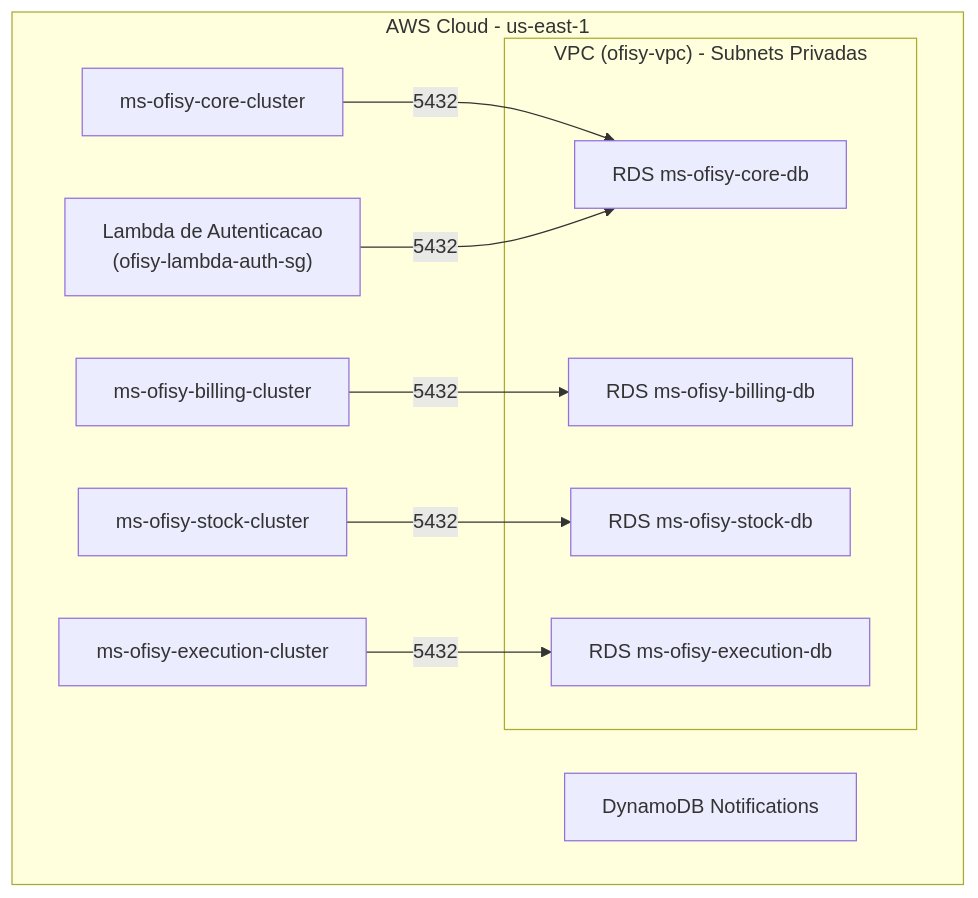
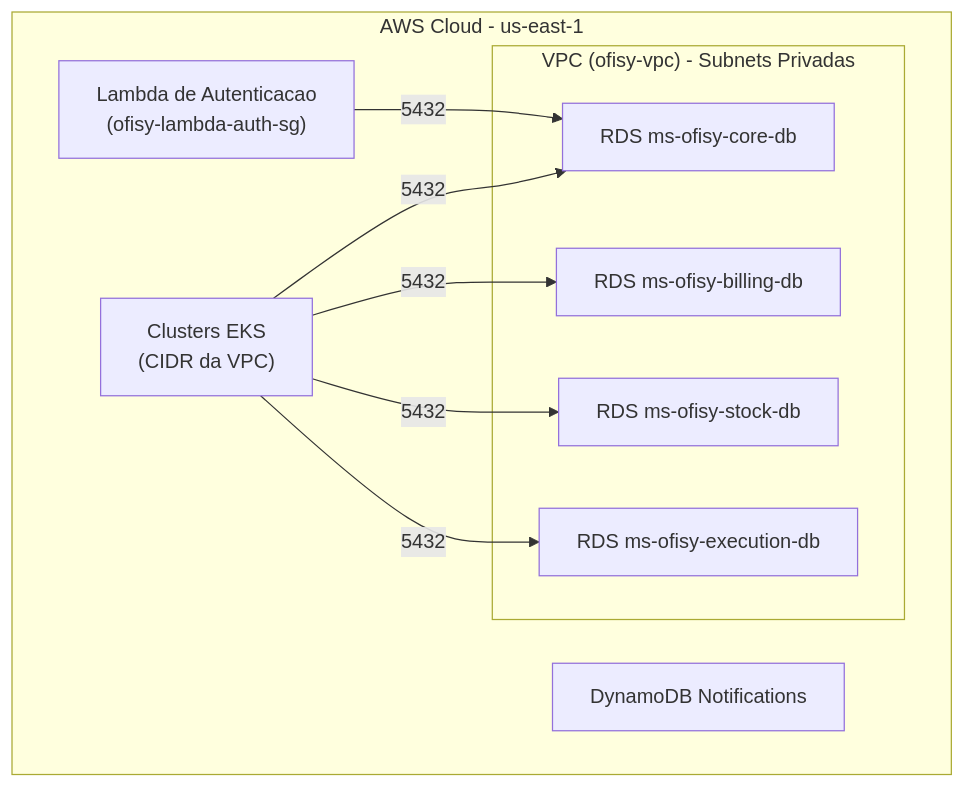
Before and after one commit to 15SOAT-FIAP/techchallenge-ofisy-db-infra: the first of 2 diagrams in README.md, drawn with Mermaid. The commit also changed other lines of this file, not shown here.

Commit message:
docs: documentar o acesso aos bancos pelo cidr da vpc

````diff
--- a/README.md
+++ b/README.md
@@ -39,19 +39,19 @@
 ```mermaid
 graph TD
     subgraph AWS Cloud - us-east-1
         subgraph VPC ["VPC (ofisy-vpc) - Subnets Privadas"]
             Core["RDS ms-ofisy-core-db"]
             Billing["RDS ms-ofisy-billing-db"]
             Stock["RDS ms-ofisy-stock-db"]
             Execution["RDS ms-ofisy-execution-db"]
         end
 
-        EKSCore["ms-ofisy-core-cluster"] -->|5432| Core
-        EKSBilling["ms-ofisy-billing-cluster"] -->|5432| Billing
-        EKSStock["ms-ofisy-stock-cluster"] -->|5432| Stock
-        EKSExecution["ms-ofisy-execution-cluster"] -->|5432| Execution
+        EKS["Clusters EKS<br/>(CIDR da VPC)"] -->|5432| Core
+        EKS -->|5432| Billing
+        EKS -->|5432| Stock
+        EKS -->|5432| Execution
         LambdaSG["Lambda de Autenticacao<br/>(ofisy-lambda-auth-sg)"] -->|5432| Core
 
         Dynamo["DynamoDB Notifications"]
     end
 ```
````
